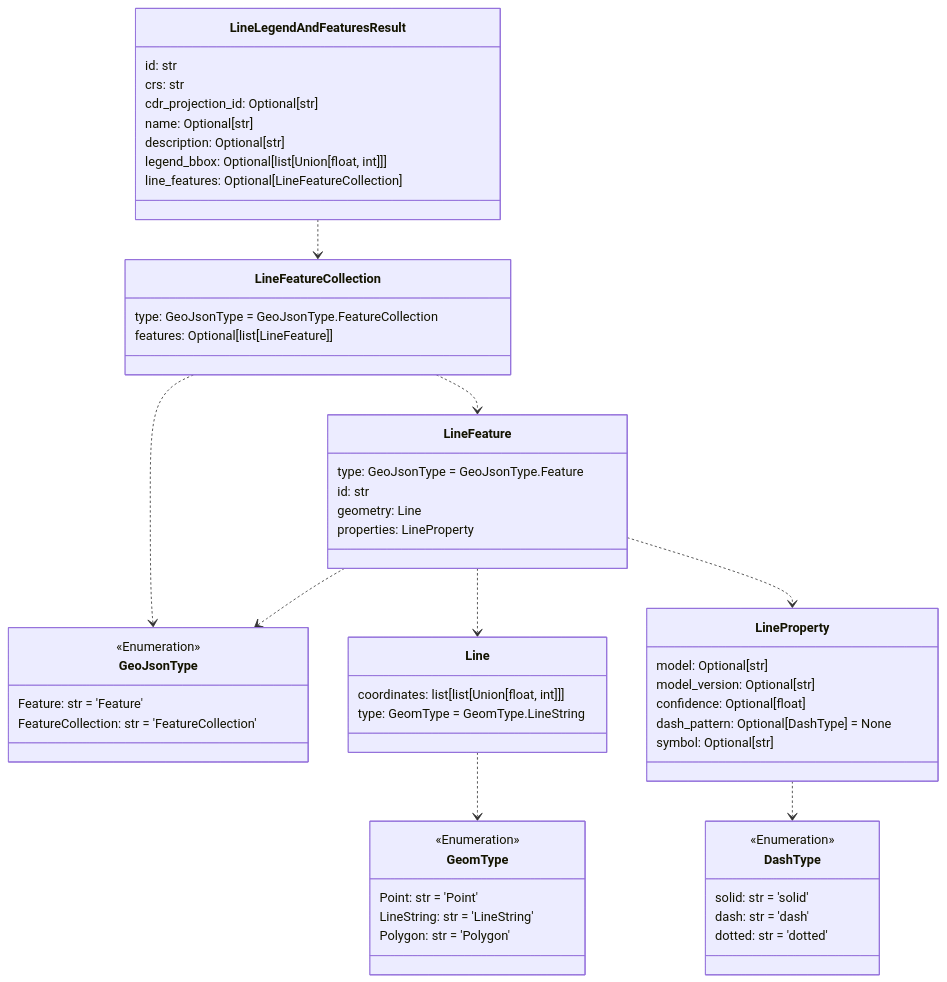
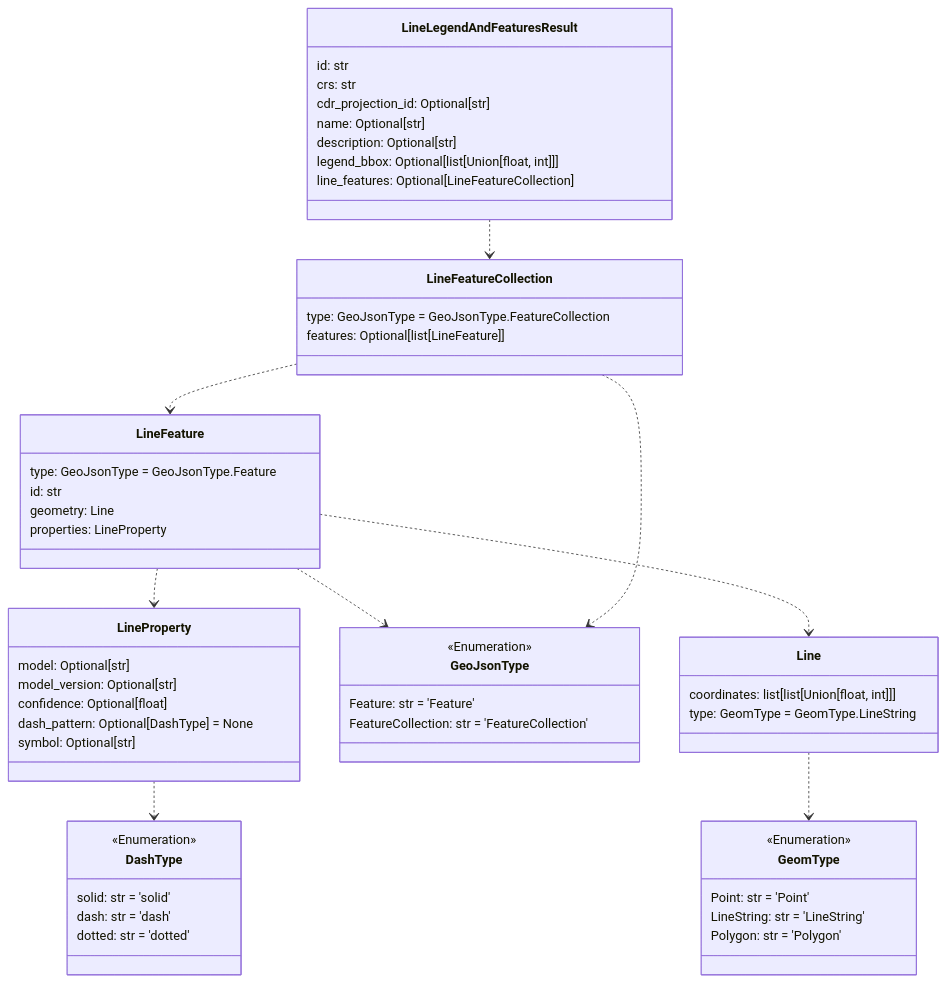
One commit to DARPA-CRITICALMAAS/cdr_schemas changed the sixth of 12 diagrams in README.md. Above: the diagram before and after it, drawn with Mermaid. The commit also changed other lines of this file and 1 other file, not shown here.

````diff
--- a/README.md
+++ b/README.md
@@ -411,69 +411,69 @@
 ```mermaid
 classDiagram
+
+    class Line {
+        coordinates: list[list[Union[float, int]]]
+        type: GeomType = GeomType.LineString
+    }
+
+    class GeomType {
+        <<Enumeration>>
+        Point: str = 'Point'
+        LineString: str = 'LineString'
+        Polygon: str = 'Polygon'
+    }
 
     class LineLegendAndFeaturesResult {
         id: str
         crs: str
         cdr_projection_id: Optional[str]
         name: Optional[str]
         description: Optional[str]
         legend_bbox: Optional[list[Union[float, int]]]
         line_features: Optional[LineFeatureCollection]
     }
 
+    class GeoJsonType {
+        <<Enumeration>>
+        Feature: str = 'Feature'
+        FeatureCollection: str = 'FeatureCollection'
+    }
+
+    class DashType {
+        <<Enumeration>>
+        solid: str = 'solid'
+        dash: str = 'dash'
+        dotted: str = 'dotted'
+    }
+
     class LineFeature {
         type: GeoJsonType = GeoJsonType.Feature
         id: str
         geometry: Line
         properties: LineProperty
     }
 
-    class GeoJsonType {
-        <<Enumeration>>
-        Feature: str = 'Feature'
-        FeatureCollection: str = 'FeatureCollection'
-    }
-
-    class GeomType {
-        <<Enumeration>>
-        Point: str = 'Point'
-        LineString: str = 'LineString'
-        Polygon: str = 'Polygon'
+    class LineFeatureCollection {
+        type: GeoJsonType = GeoJsonType.FeatureCollection
+        features: Optional[list[LineFeature]]
     }
 
     class LineProperty {
         model: Optional[str]
         model_version: Optional[str]
         confidence: Optional[float]
         dash_pattern: Optional[DashType] = None
         symbol: Optional[str]
     }
 
-    class DashType {
-        <<Enumeration>>
-        solid: str = 'solid'
-        dash: str = 'dash'
-        dotted: str = 'dotted'
-    }
-
-    class LineFeatureCollection {
-        type: GeoJsonType = GeoJsonType.FeatureCollection
-        features: Optional[list[LineFeature]]
-    }
-
-    class Line {
-        coordinates: list[list[Union[float, int]]]
-        type: GeomType = GeomType.LineString
-    }
-
     Line ..> GeomType
     LineProperty ..> DashType
+    LineFeature ..> LineProperty
+    LineFeature ..> GeoJsonType
     LineFeature ..> Line
-    LineFeature ..> GeoJsonType
-    LineFeature ..> LineProperty
+    LineFeatureCollection ..> GeoJsonType
     LineFeatureCollection ..> LineFeature
-    LineFeatureCollection ..> GeoJsonType
     LineLegendAndFeaturesResult ..> LineFeatureCollection
 
 
 ```
````
